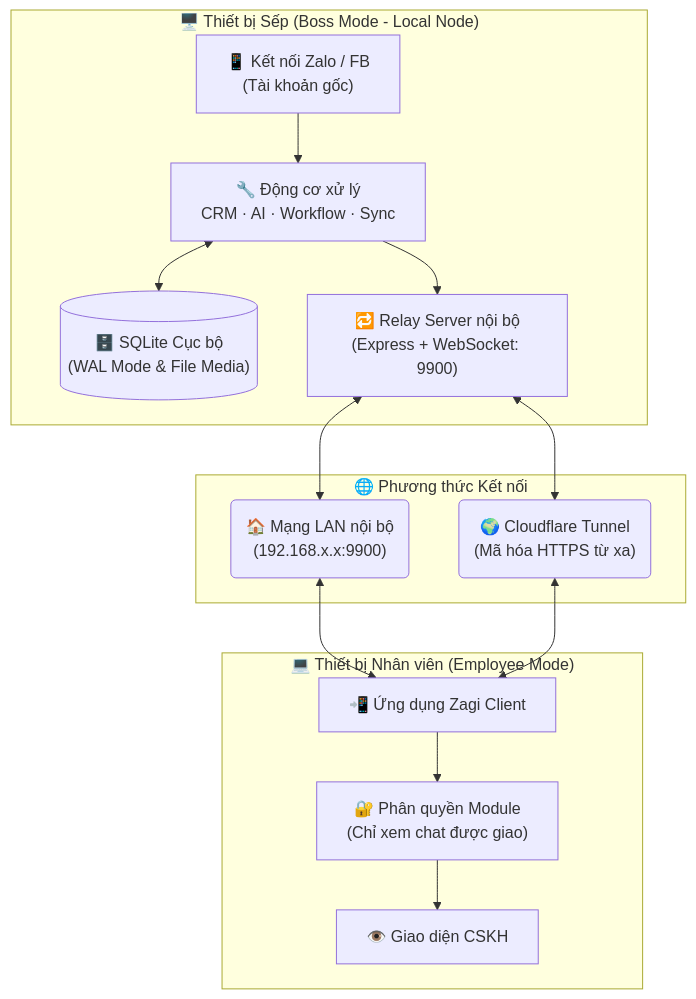
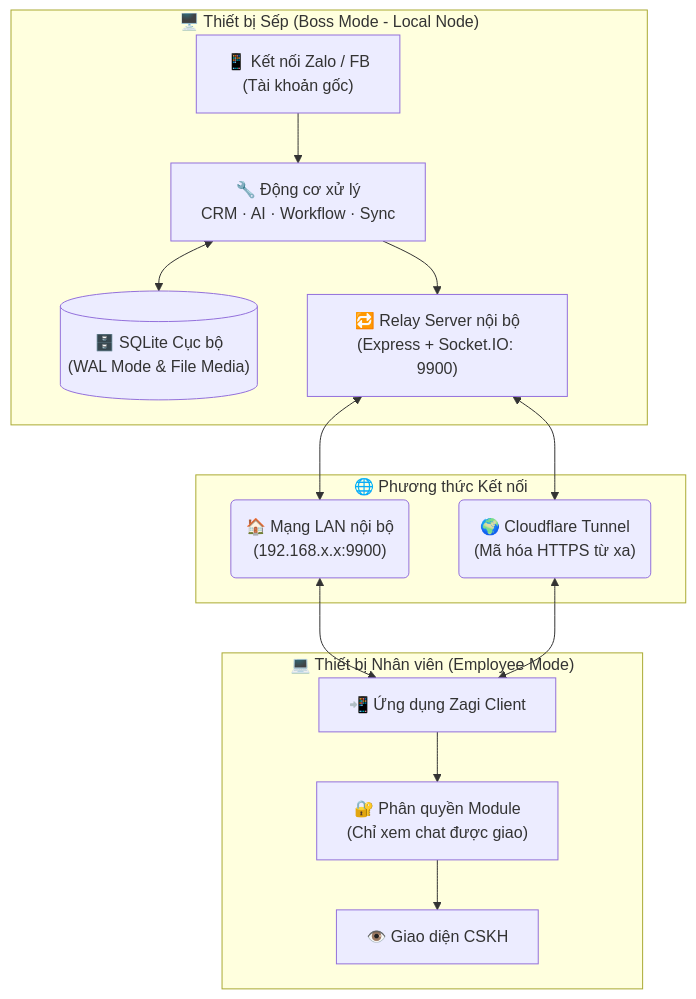
One commit to trithucnen-max/zagi-builder changed the first of 2 diagrams in docs/zagi_prd.md. Above: the diagram before and after it, drawn with Mermaid. The commit also changed other lines of this file and 18 other files, not shown here.

````diff
--- a/docs/zagi_prd.md
+++ b/docs/zagi_prd.md
@@ -38,24 +38,24 @@
 ```mermaid
 flowchart TB
     subgraph BOSS["🖥️ Thiết bị Sếp (Boss Mode - Local Node)"]
         BZ["📱 Kết nối Zalo / FB\n(Tài khoản gốc)"]
         BSV["🔧 Động cơ xử lý\nCRM · AI · Workflow · Sync"]
         BSD[("🗄️ SQLite Cục bộ\n(WAL Mode & File Media)")]
-        BRL["🔁 Relay Server nội bộ\n(Express + WebSocket: 9900)"]
+        BRL["🔁 Relay Server nội bộ\n(Express + Socket.IO: 9900)"]
     end
     subgraph NET["🌐 Phương thức Kết nối"]
         LAN("🏠 Mạng LAN nội bộ\n(192.168.x.x:9900)")
         WAN("🌍 Cloudflare Tunnel\n(Mã hóa HTTPS từ xa)")
     end
     subgraph EMP["💻 Thiết bị Nhân viên (Employee Mode)"]
         EA["📲 Ứng dụng Zagi Client"]
         EP["🔐 Phân quyền Module\n(Chỉ xem chat được giao)"]
         EU["👁️ Giao diện CSKH"]
     end
     BZ --> BSV
     BSV <--> BSD
     BSV --> BRL
     BRL <--> LAN & WAN
     LAN & WAN <--> EA
     EA --> EP --> EU
 ```
````
